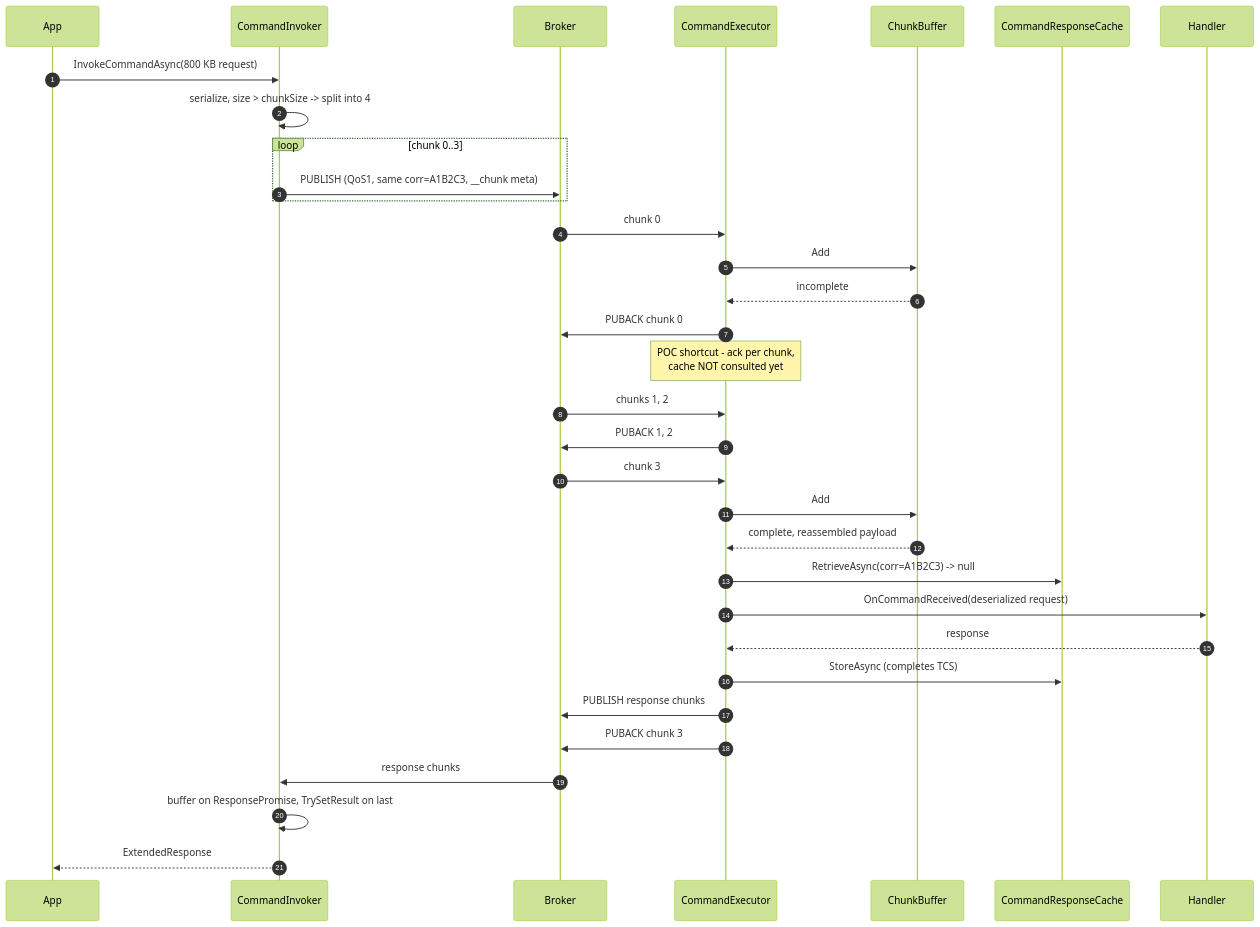
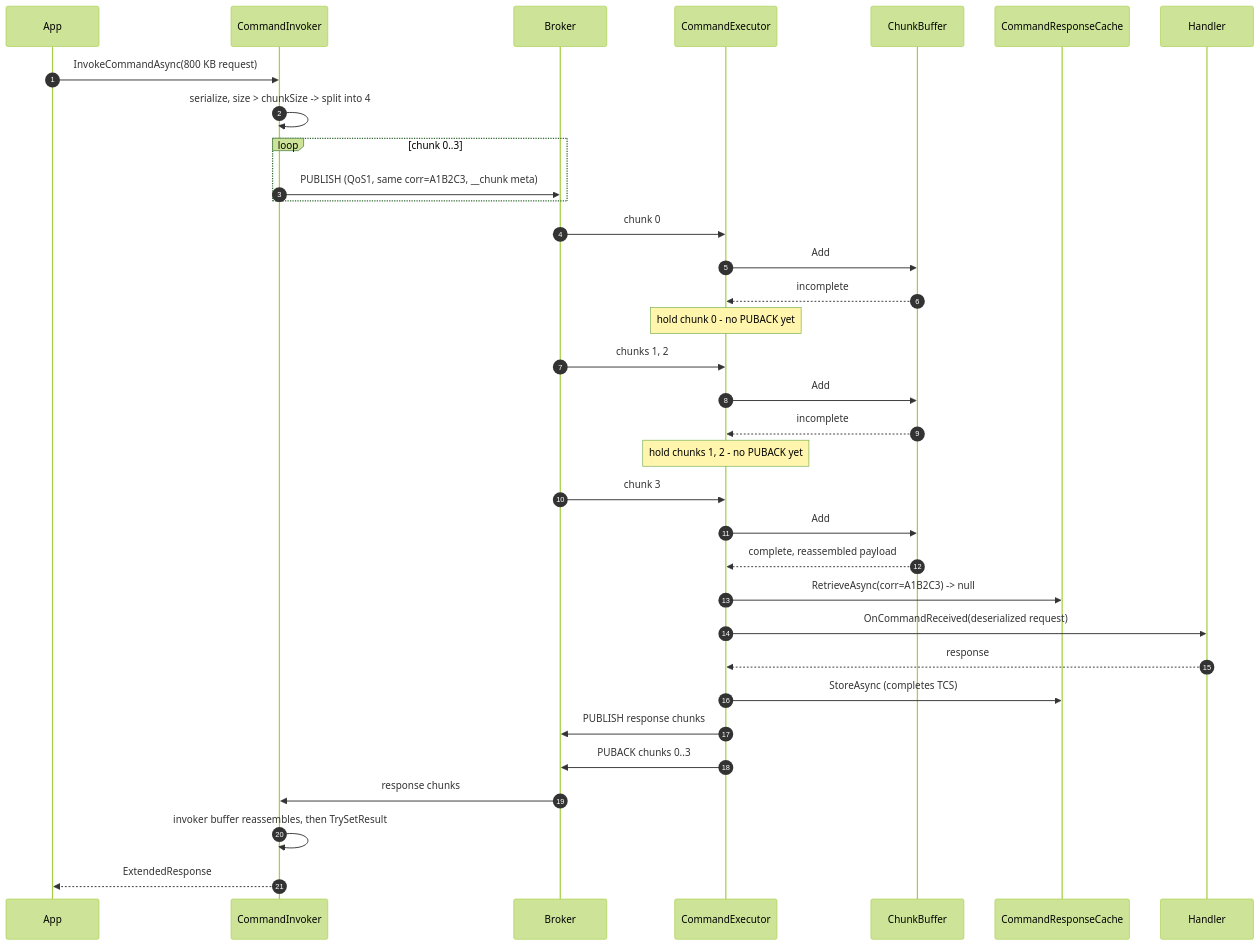
Before and after one commit to Azure/iot-operations-sdks: the second of 3 diagrams in doc/dev/rpc-chunking-poc-plan.md, drawn with Mermaid (forest theme). The commit also changed other lines of this file and 28 other files, not shown here.

````diff
--- a/doc/dev/rpc-chunking-poc-plan.md
+++ b/doc/dev/rpc-chunking-poc-plan.md
@@ -139,36 +140,37 @@
 ```mermaid
 sequenceDiagram
     autonumber
     participant App
     participant I as CommandInvoker
     participant B as Broker
     participant E as CommandExecutor
     participant CB as ChunkBuffer
     participant C as CommandResponseCache
     participant H as Handler
 
     App->>I: InvokeCommandAsync(800 KB request)
     I->>I: serialize, size > chunkSize -> split into 4
     loop chunk 0..3
         I->>B: PUBLISH (QoS1, same corr=A1B2C3, __chunk meta)
     end
     B->>E: chunk 0
     E->>CB: Add
     CB-->>E: incomplete
-    E->>B: PUBACK chunk 0
-    Note over E: POC shortcut - ack per chunk,<br/>cache NOT consulted yet
+    Note over E: hold chunk 0 - no PUBACK yet
     B->>E: chunks 1, 2
-    E->>B: PUBACK 1, 2
+    E->>CB: Add
+    CB-->>E: incomplete
+    Note over E: hold chunks 1, 2 - no PUBACK yet
     B->>E: chunk 3
     E->>CB: Add
     CB-->>E: complete, reassembled payload
     E->>C: RetrieveAsync(corr=A1B2C3) -> null
     E->>H: OnCommandReceived(deserialized request)
     H-->>E: response
     E->>C: StoreAsync (completes TCS)
     E->>B: PUBLISH response chunks
-    E->>B: PUBACK chunk 3
+    E->>B: PUBACK chunks 0..3
     B->>I: response chunks
-    I->>I: buffer on ResponsePromise, TrySetResult on last
+    I->>I: invoker buffer reassembles, then TrySetResult
     I-->>App: ExtendedResponse
 ```
````
